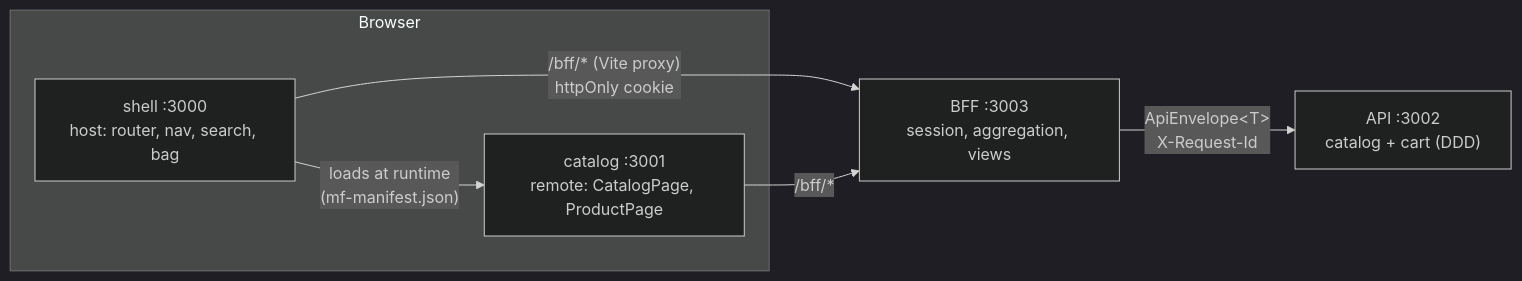
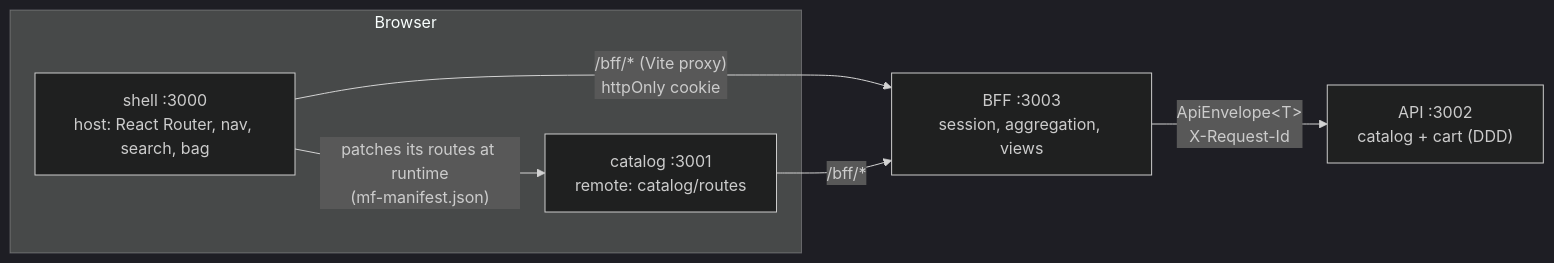
One commit to MakFly/module-federation-vite-lab changed the diagram in README.md. Above: the diagram before and after it, drawn with Mermaid (dark theme). The commit also changed other lines of this file and 44 other files, not shown here.

First line of the commit message:
Move frontends to React Router 7 with remote-owned routes

````diff
--- a/README.md
+++ b/README.md
@@ -49,11 +49,11 @@
 ```mermaid
 flowchart LR
     subgraph Browser
-        Shell["shell :3000<br/>host: router, nav, search, bag"]
-        Catalog["catalog :3001<br/>remote: CatalogPage, ProductPage"]
-        Shell -- "loads at runtime<br/>(mf-manifest.json)" --> Catalog
+        Shell["shell :3000<br/>host: React Router, nav, search, bag"]
+        Catalog["catalog :3001<br/>remote: catalog/routes"]
+        Shell -- "patches its routes at runtime<br/>(mf-manifest.json)" --> Catalog
     end
     Shell -- "/bff/* (Vite proxy)<br/>httpOnly cookie" --> BFF
     Catalog -- "/bff/*" --> BFF
     BFF["BFF :3003<br/>session, aggregation, views"] -- "ApiEnvelope&lt;T&gt;<br/>X-Request-Id" --> API["API :3002<br/>catalog + cart (DDD)"]
 ```
````
